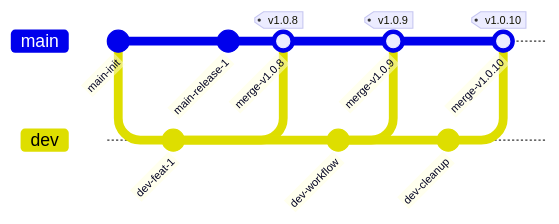
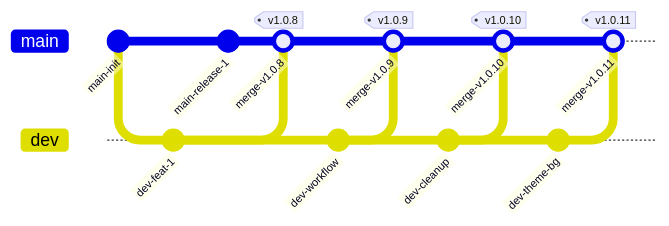
The first of 2 diagrams in OPERATIONS.md (6jbw6/Gomoku), drawn with Mermaid before and after one commit. The commit also changed other lines of this file and 5 other files, not shown here.

````diff
--- a/OPERATIONS.md
+++ b/OPERATIONS.md
@@ -228,18 +252,22 @@
 ```mermaid
 gitGraph
     commit id: "main-init"
     branch dev
     checkout dev
     commit id: "dev-feat-1"
     checkout main
     commit id: "main-release-1"
     merge dev id: "merge-v1.0.8" tag: "v1.0.8"
     checkout dev
     commit id: "dev-workflow"
     checkout main
     merge dev id: "merge-v1.0.9" tag: "v1.0.9"
     checkout dev
     commit id: "dev-cleanup"
     checkout main
     merge dev id: "merge-v1.0.10" tag: "v1.0.10"
+    checkout dev
+    commit id: "dev-theme-bg"
+    checkout main
+    merge dev id: "merge-v1.0.11" tag: "v1.0.11"
 ```
````
